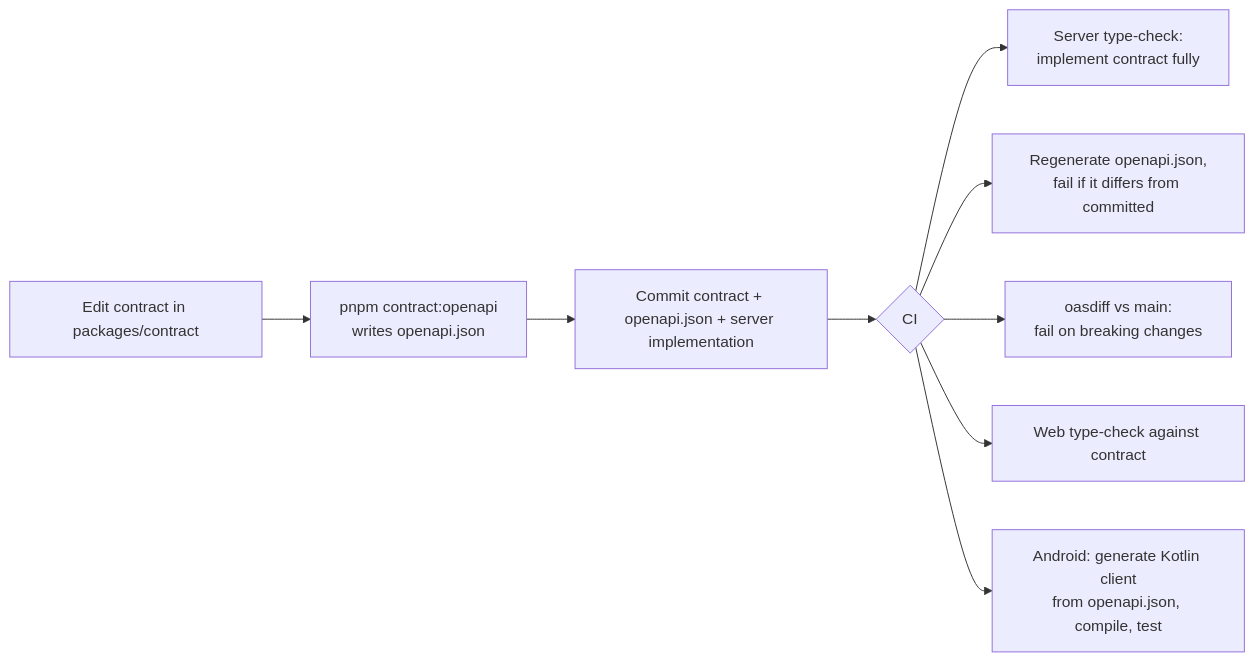
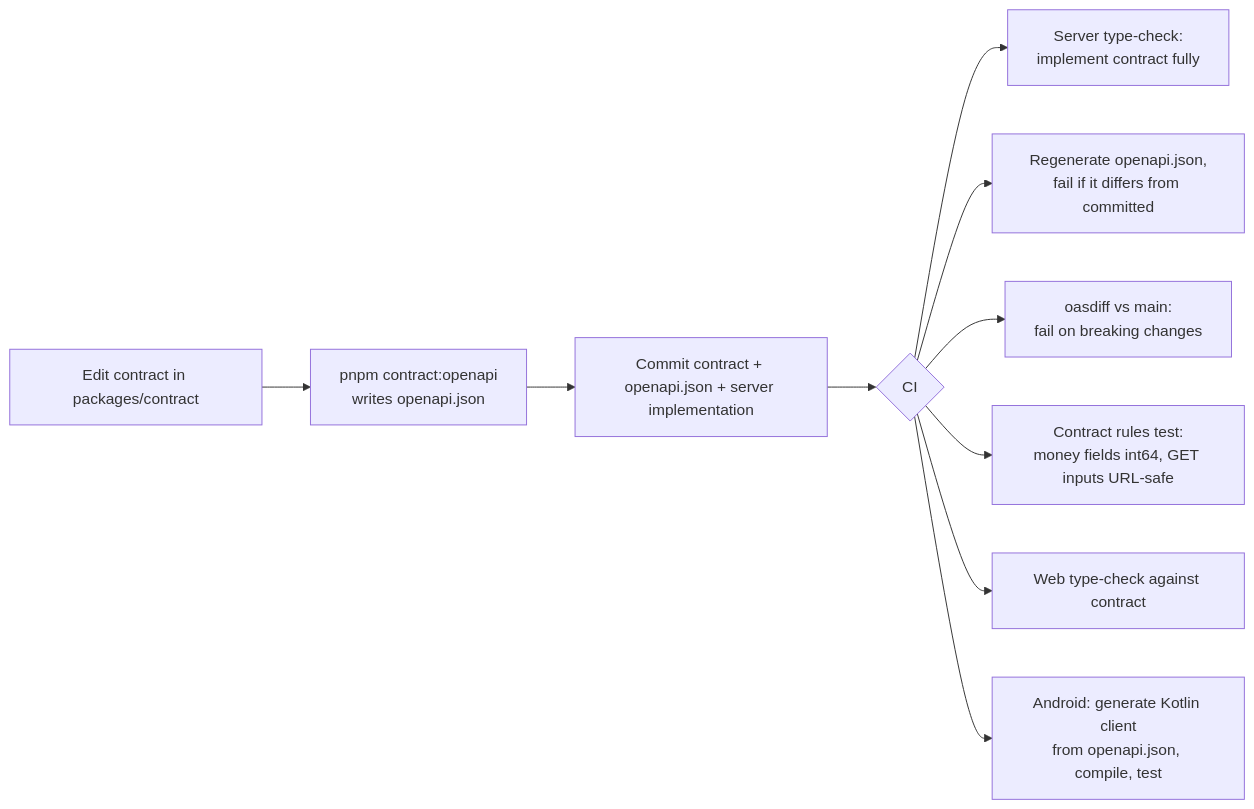
Before and after one commit to ali-hy/Budmon: the eighth of 9 diagrams in docs/design/platform/hld.md, drawn with Mermaid. The commit also changed other lines of this file and 1 other file, not shown here.

````diff
--- a/docs/design/platform/hld.md
+++ b/docs/design/platform/hld.md
@@ -491,11 +538,12 @@
 ```mermaid
 flowchart LR
   A[Edit contract in packages/contract] --> B[pnpm contract:openapi<br/>writes openapi.json]
   B --> C[Commit contract + openapi.json + server implementation]
   C --> D{CI}
   D --> D1[Server type-check:<br/>implement contract fully]
   D --> D2[Regenerate openapi.json,<br/>fail if it differs from committed]
   D --> D3[oasdiff vs main:<br/>fail on breaking changes]
-  D --> D4[Web type-check against contract]
-  D --> D5[Android: generate Kotlin client<br/>from openapi.json, compile, test]
+  D --> D4[Contract rules test:<br/>money fields int64, GET inputs URL-safe]
+  D --> D5[Web type-check against contract]
+  D --> D6[Android: generate Kotlin client<br/>from openapi.json, compile, test]
 ```
````
